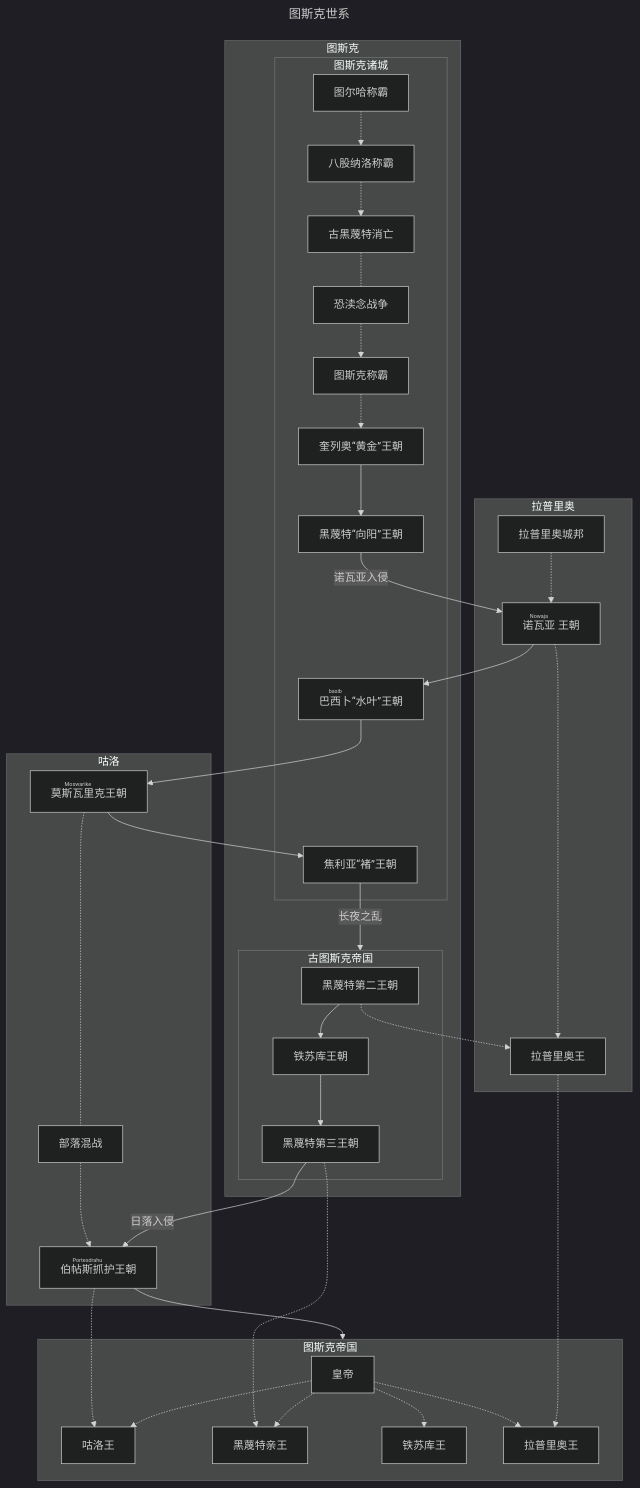
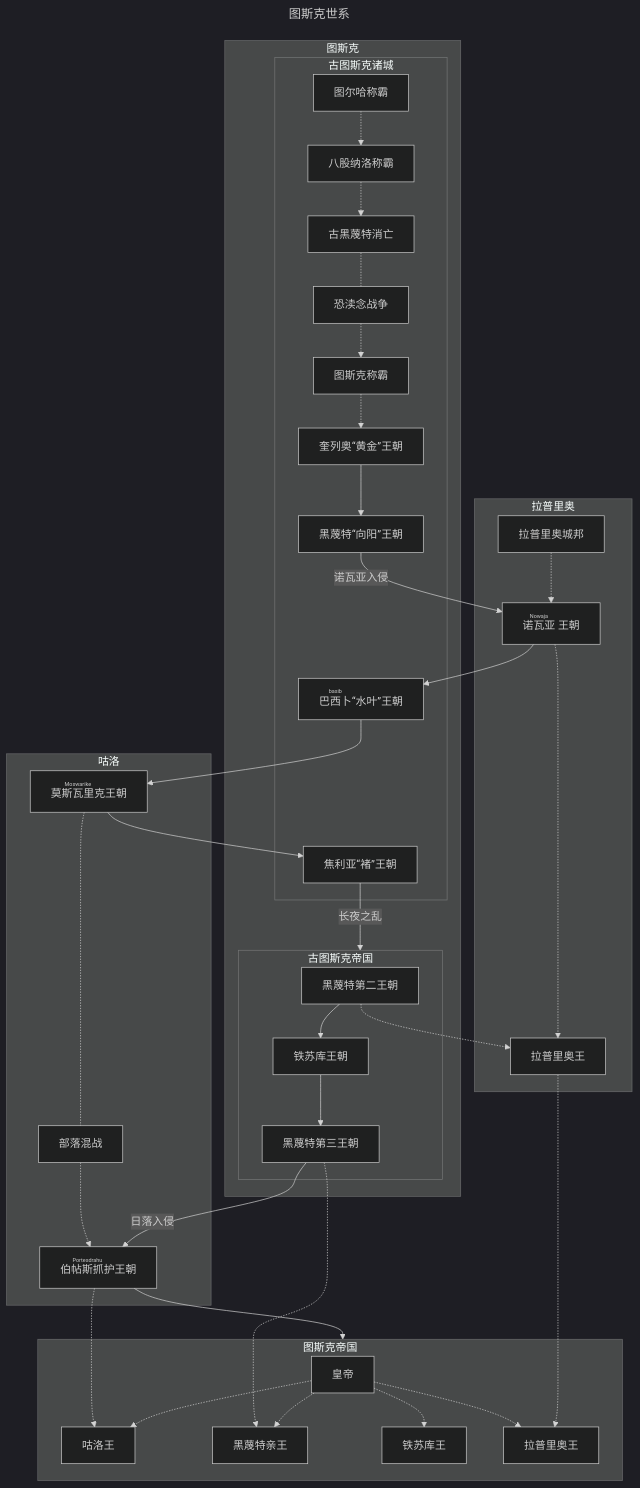
One commit to Phychias/Laaerad changed the diagram in docs/Laaerad/Trusk/Trusk.md. Above: the diagram before and after it, drawn with Mermaid (dark theme). The commit also changed other lines of this file and 3 other files, not shown here.

````diff
--- a/docs/Laaerad/Trusk/Trusk.md
+++ b/docs/Laaerad/Trusk/Trusk.md
@@ -44,61 +44,61 @@
 ```mermaid 
 ---
 title: 图斯克世系
 ---
 graph TB
     subgraph 图斯克
-        subgraph 图斯克诸城
+        subgraph 古图斯克诸城
             图尔哈称霸 -.-> 八股纳洛称霸 -.-> 
             古黑蔑特消亡 -.- 恐渎念战争 -.-> 图斯克称霸 -.-> A
             A[奎列奥“黄金”王朝]
             B[黑蔑特“向阳”王朝]
             D[<ruby>巴西卜<rt>basib</rt></ruby>“水叶”王朝]
             G[焦利亚“褚”王朝]
             A --> B
         end
 
         subgraph 古图斯克帝国
             H[黑蔑特第二王朝]
             K[黑蔑特第三王朝]
             J[铁苏库王朝]
             H --> J
             J --> K
         end
     G -- 长夜之乱 --> 古图斯克帝国
     end
 
     subgraph 拉普里奥
         C[<ruby>诺瓦亚<rt>Nowaja</rt> </ruby>王朝]
         E[拉普里奥城邦]
         N[拉普里奥王]
         C --> D
         E -.-> C
         B -- 诺瓦亚入侵 --> C
         C -.-> N
         H -.-> N
     end
 
     subgraph 咕洛
         F[<ruby>莫斯瓦里克<rt>Moswarike</rt></ruby>王朝]
         L[<ruby>伯帖斯抓护<rt>Portesdrahu</rt></ruby>王朝]
         D --> F
         F -.- 部落混战 -.-> L
         K -- 日落入侵 --> L
         F --> G
     end
 	L --> 图斯克帝国
     subgraph 图斯克帝国
         M[皇帝]
         O[咕洛王]
         S[黑蔑特亲王]
         Q[铁苏库王]
         P[拉普里奥王]
         K -.-> S
         M -.-> S
         M -.-> Q
         L -.-> O
         M -.-> O
         M -.-> P
         N -.-> P
     end
 ```
````
